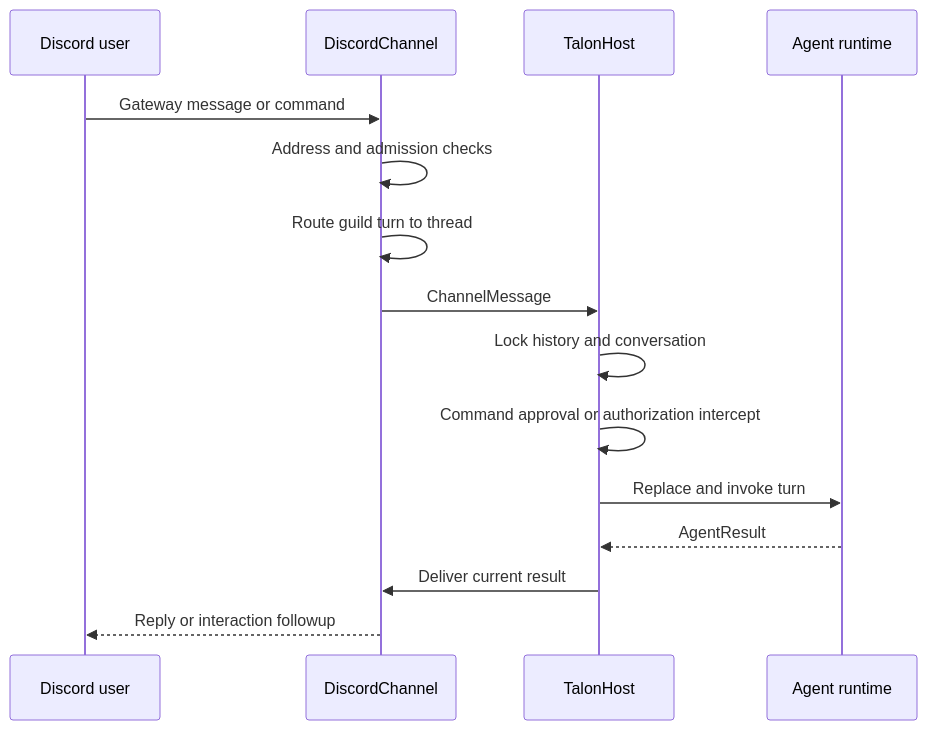
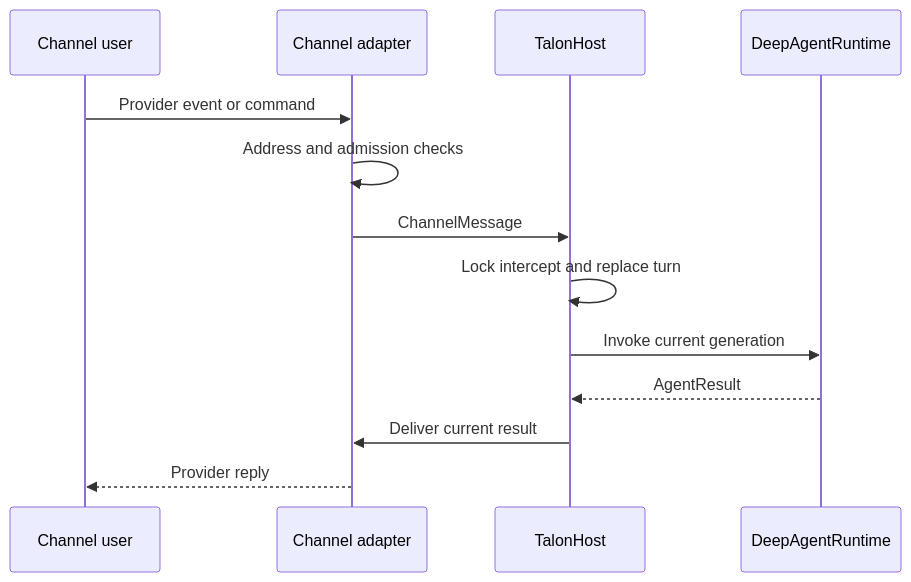
The third of 3 diagrams in openwiki/architecture/source-map.md (langchain-ai/deepagents), drawn with Mermaid before and after one commit. The commit also changed other lines of this file and 67 other files, not shown here.

````diff
--- a/openwiki/architecture/source-map.md
+++ b/openwiki/architecture/source-map.md
@@ -179,17 +132,15 @@
 ```mermaid
 sequenceDiagram
-  participant User as Discord user
-  participant Channel as DiscordChannel
+  participant User as Channel user
+  participant Adapter as Channel adapter
   participant Host as TalonHost
-  participant Agent as Agent runtime
-  User->>Channel: Gateway message or command
-  Channel->>Channel: Address and admission checks
-  Channel->>Channel: Route guild turn to thread
-  Channel->>Host: ChannelMessage
-  Host->>Host: Lock history and conversation
-  Host->>Host: Command approval or authorization intercept
-  Host->>Agent: Replace and invoke turn
-  Agent-->>Host: AgentResult
-  Host->>Channel: Deliver current result
-  Channel-->>User: Reply or interaction followup
+  participant Runtime as DeepAgentRuntime
+  User->>Adapter: Provider event or command
+  Adapter->>Adapter: Address and admission checks
+  Adapter->>Host: ChannelMessage
+  Host->>Host: Lock intercept and replace turn
+  Host->>Runtime: Invoke current generation
+  Runtime-->>Host: AgentResult
+  Host->>Adapter: Deliver current result
+  Adapter-->>User: Provider reply
 ```
````
